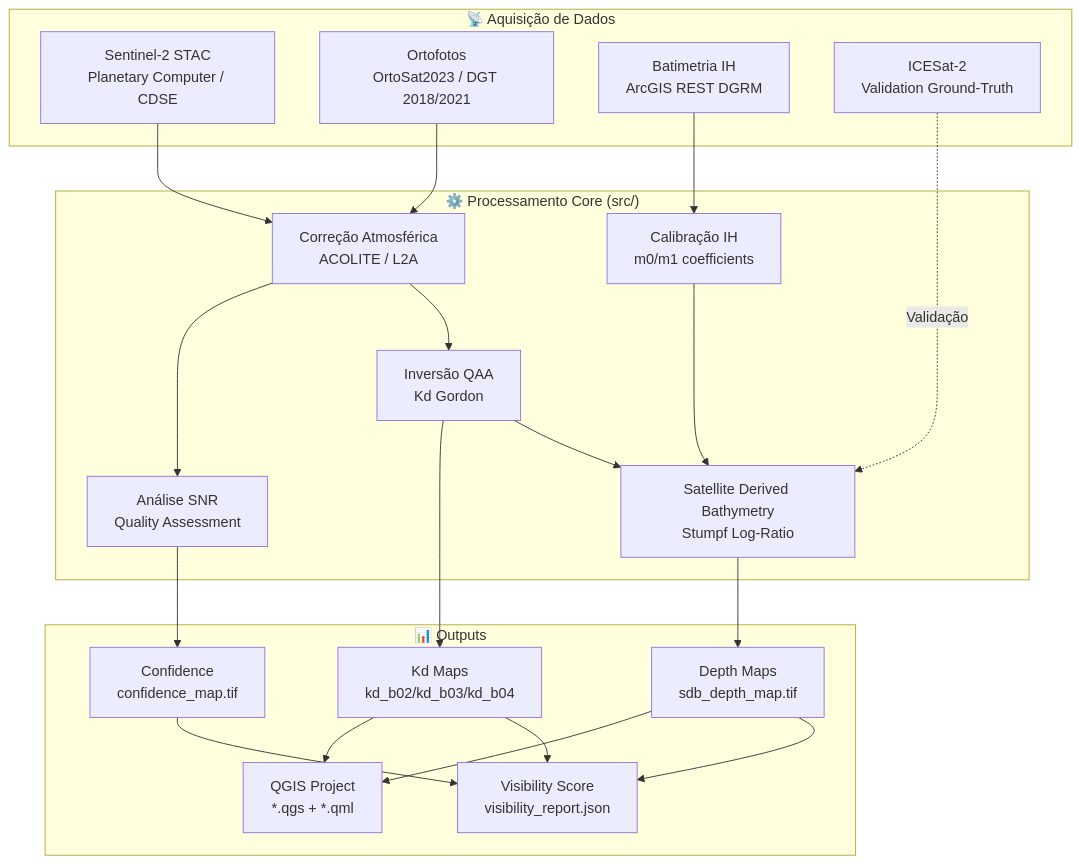
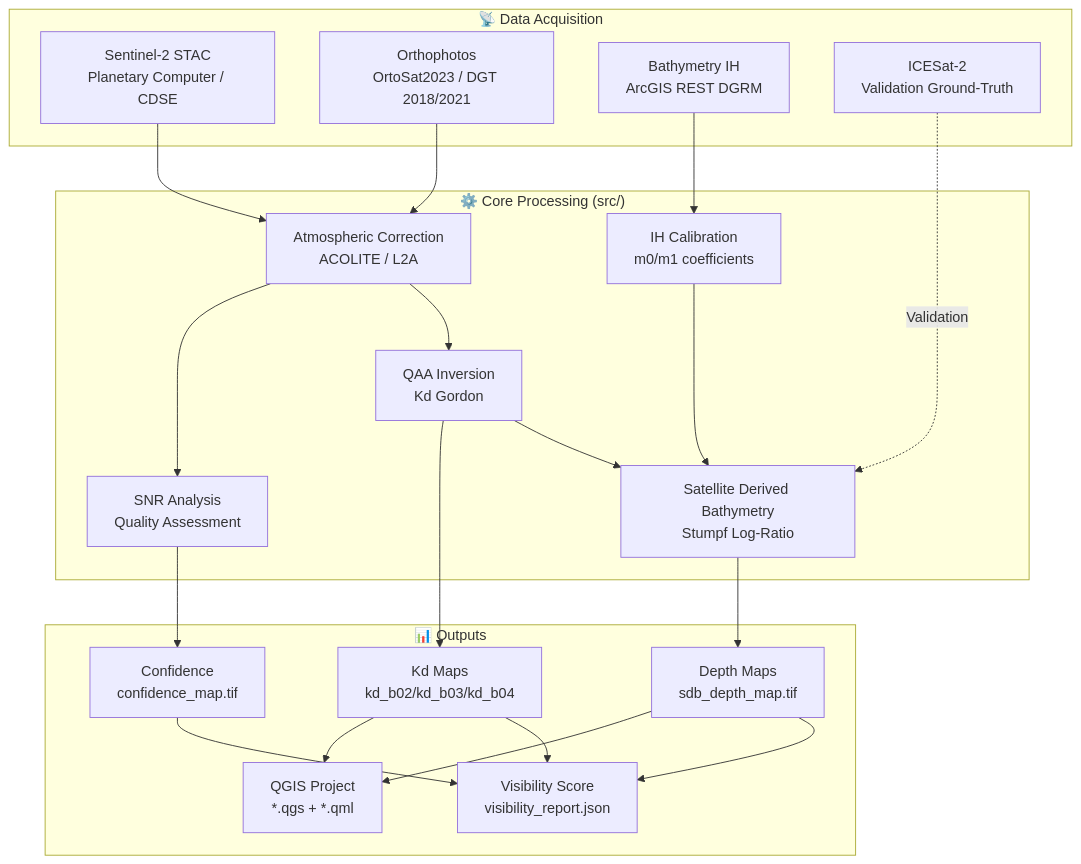
Before and after one commit to 3ruiruirui-sketch/reef-imagery-pipeline: the diagram in README.md, drawn with Mermaid. The commit also changed other lines of this file, not shown here.

````diff
--- a/README.md
+++ b/README.md
@@ -41,43 +41,43 @@
 ```mermaid
 flowchart TB
-    subgraph A["📡 Aquisição de Dados"]
+    subgraph A["📡 Data Acquisition"]
         S2[Sentinel-2 STAC<br/>Planetary Computer / CDSE]
-        ORTO[Ortofotos<br/>OrtoSat2023 / DGT 2018/2021]
-        IH[Batimetria IH<br/>ArcGIS REST DGRM]
+        ORTO[Orthophotos<br/>OrtoSat2023 / DGT 2018/2021]
+        IH[Bathymetry IH<br/>ArcGIS REST DGRM]
         ICE[ICESat-2<br/>Validation Ground-Truth]
     end
 
-    subgraph B["⚙️ Processamento Core (src/)"]
-        BOA["Correção Atmosférica<br/>ACOLITE / L2A"]
-        QAA["Inversão QAA<br/>Kd Gordon"]
+    subgraph B["⚙️ Core Processing (src/)"]
+        BOA["Atmospheric Correction<br/>ACOLITE / L2A"]
+        QAA["QAA Inversion<br/>Kd Gordon"]
         SDB["Satellite Derived Bathymetry<br/>Stumpf Log-Ratio"]
-        SNR["Análise SNR<br/>Quality Assessment"]
-        IH_CAL["Calibração IH<br/>m0/m1 coefficients"]
+        SNR["SNR Analysis<br/>Quality Assessment"]
+        IH_CAL["IH Calibration<br/>m0/m1 coefficients"]
     end
 
     subgraph C["📊 Outputs"]
         DEPTH["Depth Maps<br/>sdb_depth_map.tif"]
         KD["Kd Maps<br/>kd_b02/kd_b03/kd_b04"]
         CONF["Confidence<br/>confidence_map.tif"]
         VIS["Visibility Score<br/>visibility_report.json"]
         QGIS["QGIS Project<br/>*.qgs + *.qml"]
     end
 
     S2 --> BOA
     ORTO --> BOA
     BOA --> QAA
     QAA --> SDB
     BOA --> SNR
     IH --> IH_CAL
     IH_CAL --> SDB
     SDB --> DEPTH
     QAA --> KD
     SNR --> CONF
     DEPTH --> VIS
     KD --> VIS
     CONF --> VIS
     DEPTH --> QGIS
     KD --> QGIS
     
-    ICE -.->|Validação| SDB
+    ICE -.->|Validation| SDB
 ```
````
